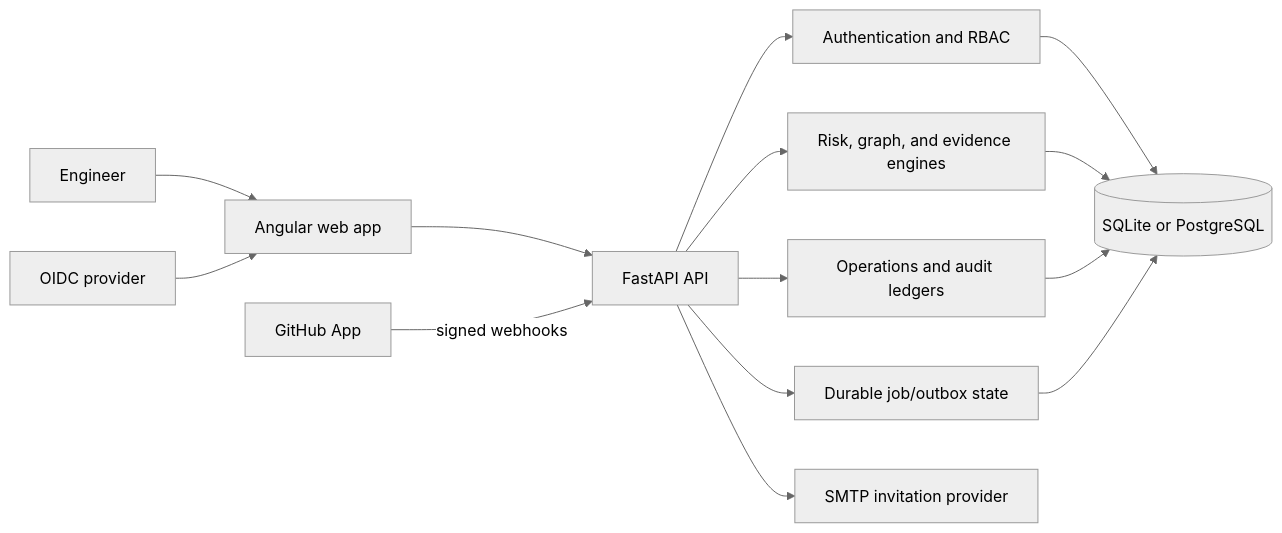
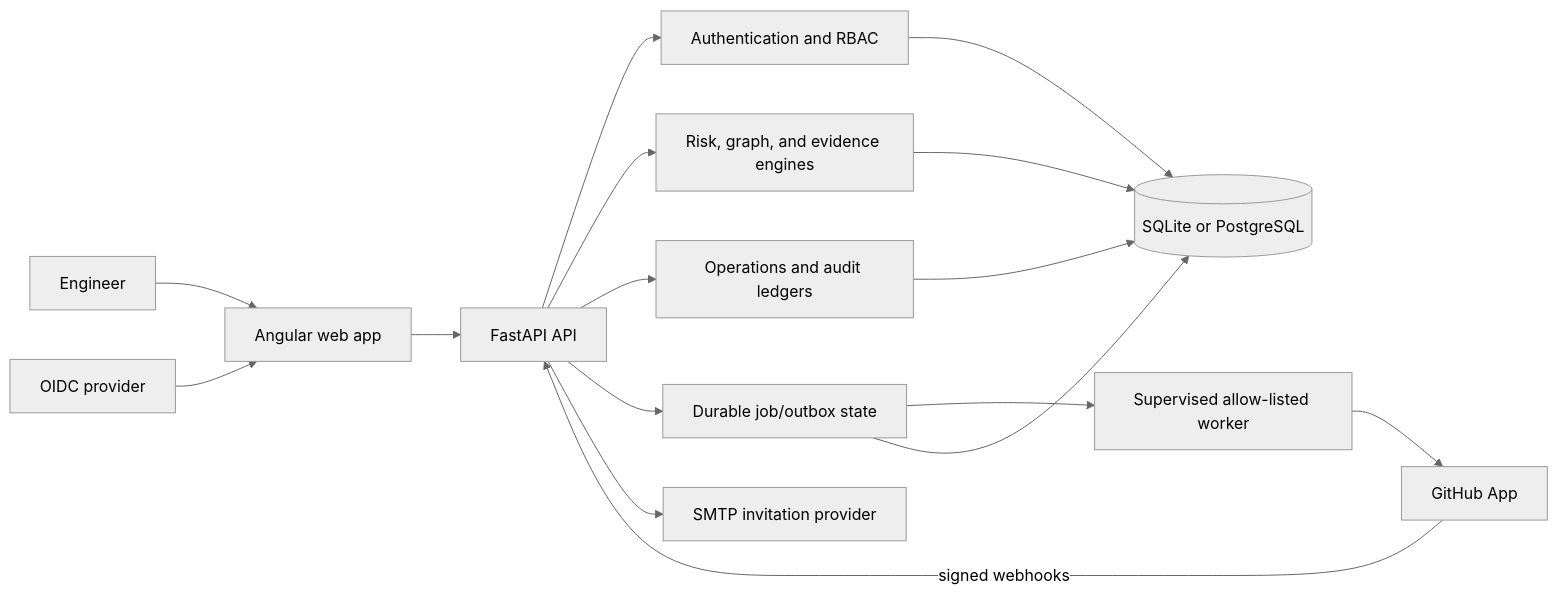
The second of 2 diagrams in README.md (kingggg5/deployguardai), drawn with Mermaid (neutral theme) before and after one commit. The commit also changed other lines of this file and 70 other files, not shown here.

````diff
--- a/README.md
+++ b/README.md
@@ -59,16 +59,18 @@
 ```mermaid
 flowchart LR
     Engineer["Engineer"] --> Web["Angular web app"]
     Web --> API["FastAPI API"]
     OIDC["OIDC provider"] --> Web
     GitHub["GitHub App"] -->|"signed webhooks"| API
     API --> Auth["Authentication and RBAC"]
     API --> Engines["Risk, graph, and evidence engines"]
     API --> Ops["Operations and audit ledgers"]
     API --> Queue["Durable job/outbox state"]
+    Queue --> Worker["Supervised allow-listed worker"]
+    Worker --> GitHub
     Auth --> DB[("SQLite or PostgreSQL")]
     Engines --> DB
     Ops --> DB
     Queue --> DB
     API --> SMTP["SMTP invitation provider"]
 ```
````
